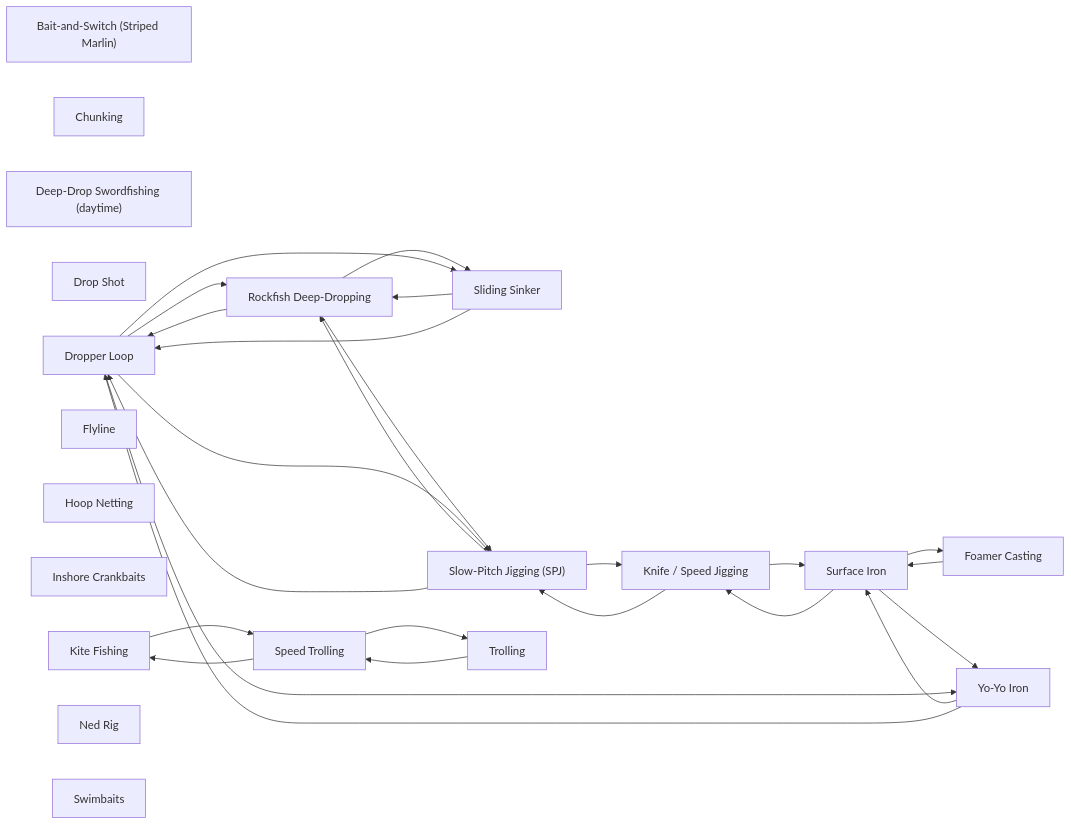
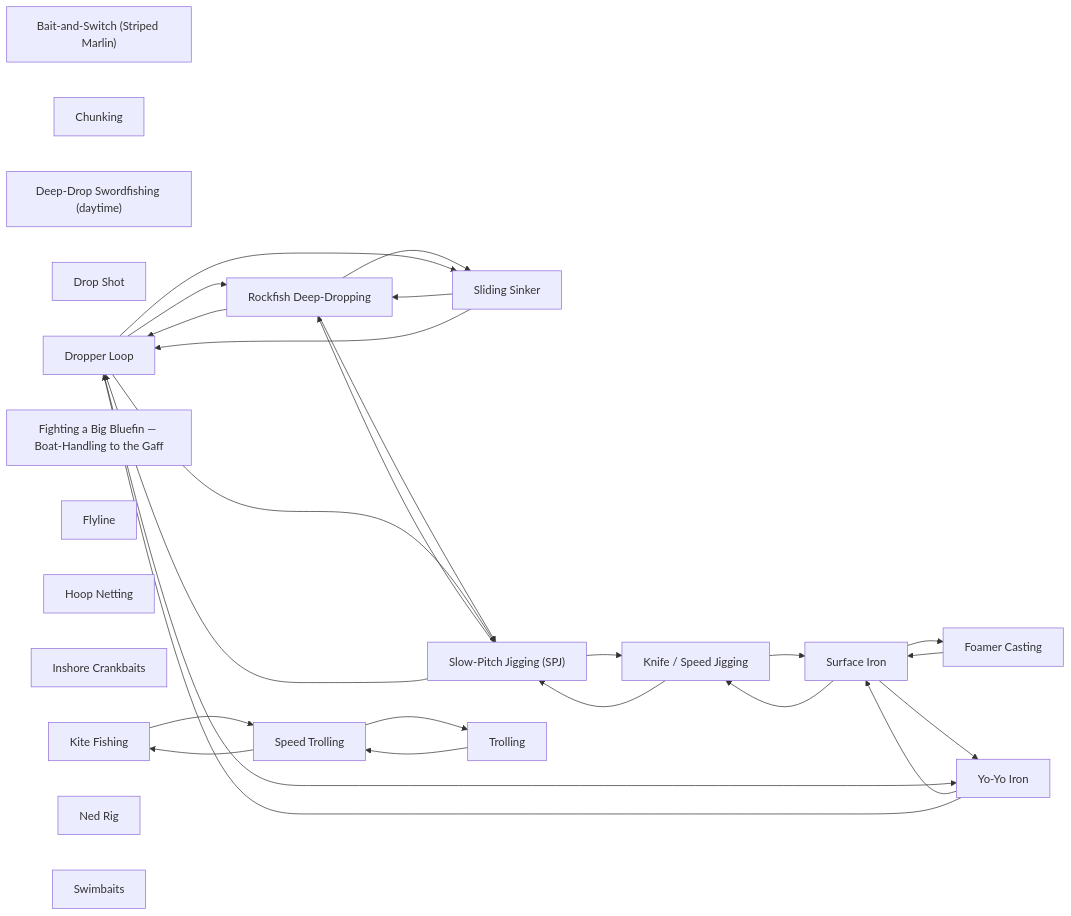
Before and after one commit to camchuckpete-max/Socal-Fishing-Knowledge: the diagram in techniques/README.md, drawn with Mermaid. The commit also changed other lines of this file and 5 other files, not shown here.

````diff
--- a/techniques/README.md
+++ b/techniques/README.md
@@ -33,47 +34,48 @@
 ```mermaid
 graph LR
   n0["Bait-and-Switch (Striped Marlin)"]
   n1["Chunking"]
   n2["Deep-Drop Swordfishing (daytime)"]
   n3["Drop Shot"]
   n4["Dropper Loop"]
-  n5["Flyline"]
-  n6["Foamer Casting"]
-  n7["Hoop Netting"]
-  n8["Inshore Crankbaits"]
-  n9["Kite Fishing"]
-  n10["Knife / Speed Jigging"]
-  n11["Ned Rig"]
-  n12["Rockfish Deep-Dropping"]
-  n13["Sliding Sinker"]
-  n14["Slow-Pitch Jigging (SPJ)"]
-  n15["Speed Trolling"]
-  n16["Surface Iron"]
-  n17["Swimbaits"]
-  n18["Trolling"]
-  n19["Yo-Yo Iron"]
-  n10 --> n14
+  n5["Fighting a Big Bluefin — Boat-Handling to the Gaff"]
+  n6["Flyline"]
+  n7["Foamer Casting"]
+  n8["Hoop Netting"]
+  n9["Inshore Crankbaits"]
+  n10["Kite Fishing"]
+  n11["Knife / Speed Jigging"]
+  n12["Ned Rig"]
+  n13["Rockfish Deep-Dropping"]
+  n14["Sliding Sinker"]
+  n15["Slow-Pitch Jigging (SPJ)"]
+  n16["Speed Trolling"]
+  n17["Surface Iron"]
+  n18["Swimbaits"]
+  n19["Trolling"]
+  n20["Yo-Yo Iron"]
   n10 --> n16
-  n12 --> n13
-  n12 --> n14
-  n12 --> n4
-  n13 --> n12
+  n11 --> n15
+  n11 --> n17
+  n13 --> n14
+  n13 --> n15
   n13 --> n4
-  n14 --> n10
-  n14 --> n12
+  n14 --> n13
   n14 --> n4
-  n15 --> n18
-  n15 --> n9
+  n15 --> n11
+  n15 --> n13
+  n15 --> n4
   n16 --> n10
   n16 --> n19
-  n16 --> n6
-  n18 --> n15
+  n17 --> n11
+  n17 --> n20
+  n17 --> n7
   n19 --> n16
-  n19 --> n4
-  n4 --> n12
+  n20 --> n17
+  n20 --> n4
   n4 --> n13
   n4 --> n14
-  n4 --> n19
-  n6 --> n16
-  n9 --> n15
+  n4 --> n15
+  n4 --> n20
+  n7 --> n17
 ```
````
